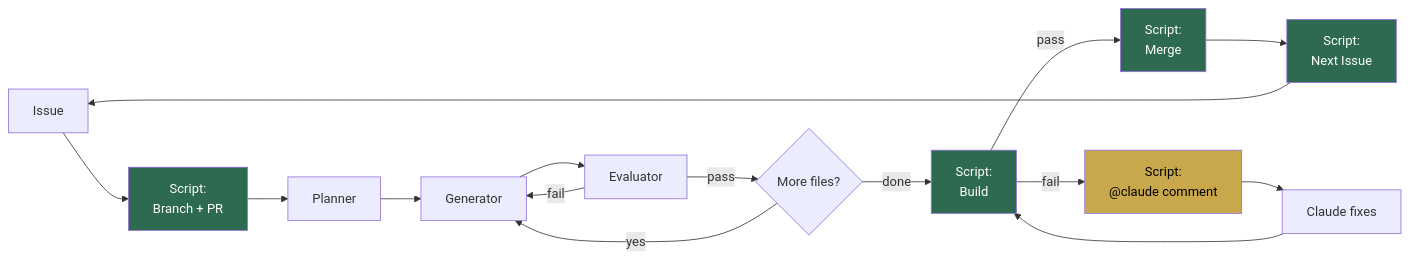
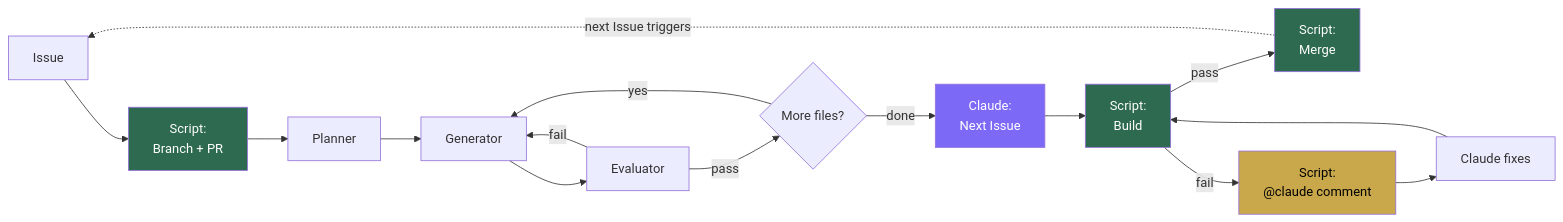
One commit to RyutoYoda/claude-continuous-loop changed the first of 3 diagrams in docs/architecture.md. Above: the diagram before and after it, drawn with Mermaid. The commit also changed other lines of this file and 2 other files, not shown here.

````diff
--- a/docs/architecture.md
+++ b/docs/architecture.md
@@ -5,23 +5,23 @@
 ```mermaid
 flowchart LR
     A[Issue] --> B["Script:<br/>Branch + PR"]
     B --> C[Planner]
     C --> D[Generator]
     D --> E[Evaluator]
     E -->|fail| D
     E -->|pass| F{"More files?"}
     F -->|yes| D
-    F -->|done| G["Script:<br/>Build"]
-    G -->|pass| H["Script:<br/>Merge"]
-    G -->|"fail"| K["Script:<br/>@claude comment"]
-    K --> L["Claude fixes"]
-    L --> G
-    H --> J["Script:<br/>Next Issue"]
-    J --> A
+    F -->|done| G["Claude:<br/>Next Issue"]
+    G --> H["Script:<br/>Build"]
+    H -->|pass| I["Script:<br/>Merge"]
+    H -->|fail| J["Script:<br/>@claude comment"]
+    J --> K[Claude fixes]
+    K --> H
+    I -.->|"next Issue triggers"| A
 
     style B fill:#2d6a4f,color:#fff
-    style G fill:#2d6a4f,color:#fff
     style H fill:#2d6a4f,color:#fff
-    style J fill:#2d6a4f,color:#fff
-    style K fill:#c9a84c,color:#000
+    style I fill:#2d6a4f,color:#fff
+    style J fill:#c9a84c,color:#000
+    style G fill:#7c6af7,color:#fff
 ```
````
